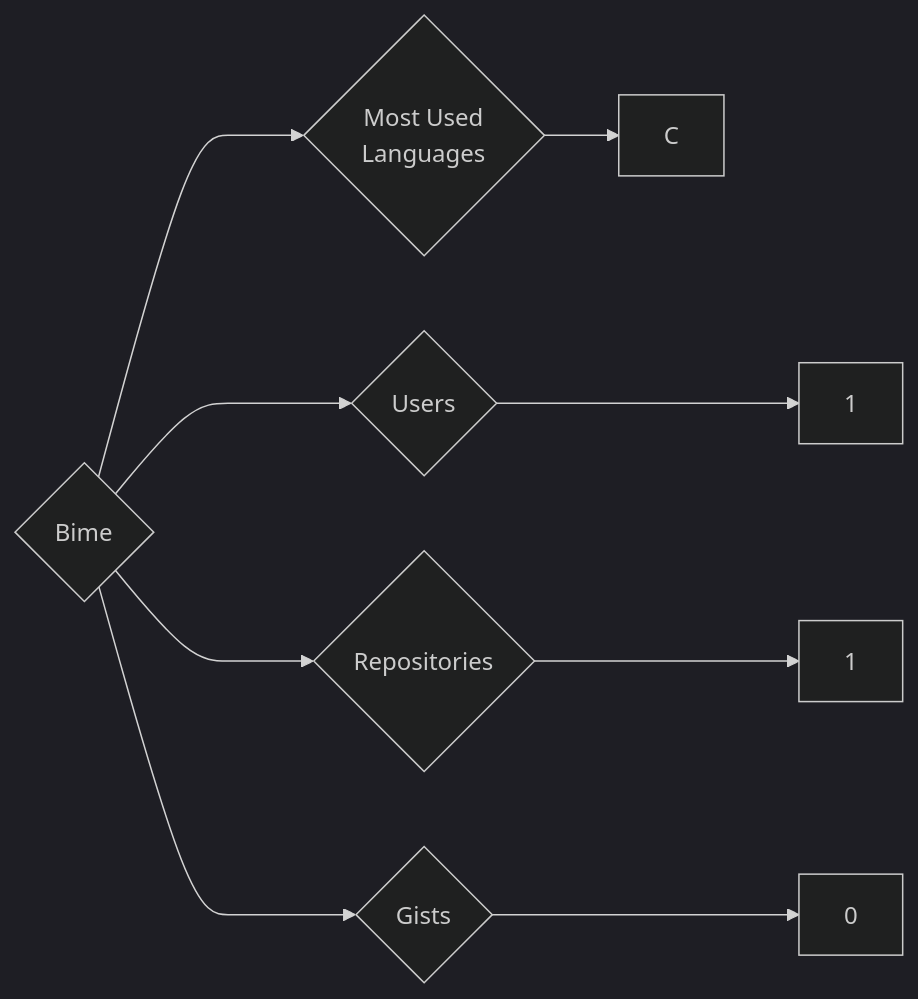
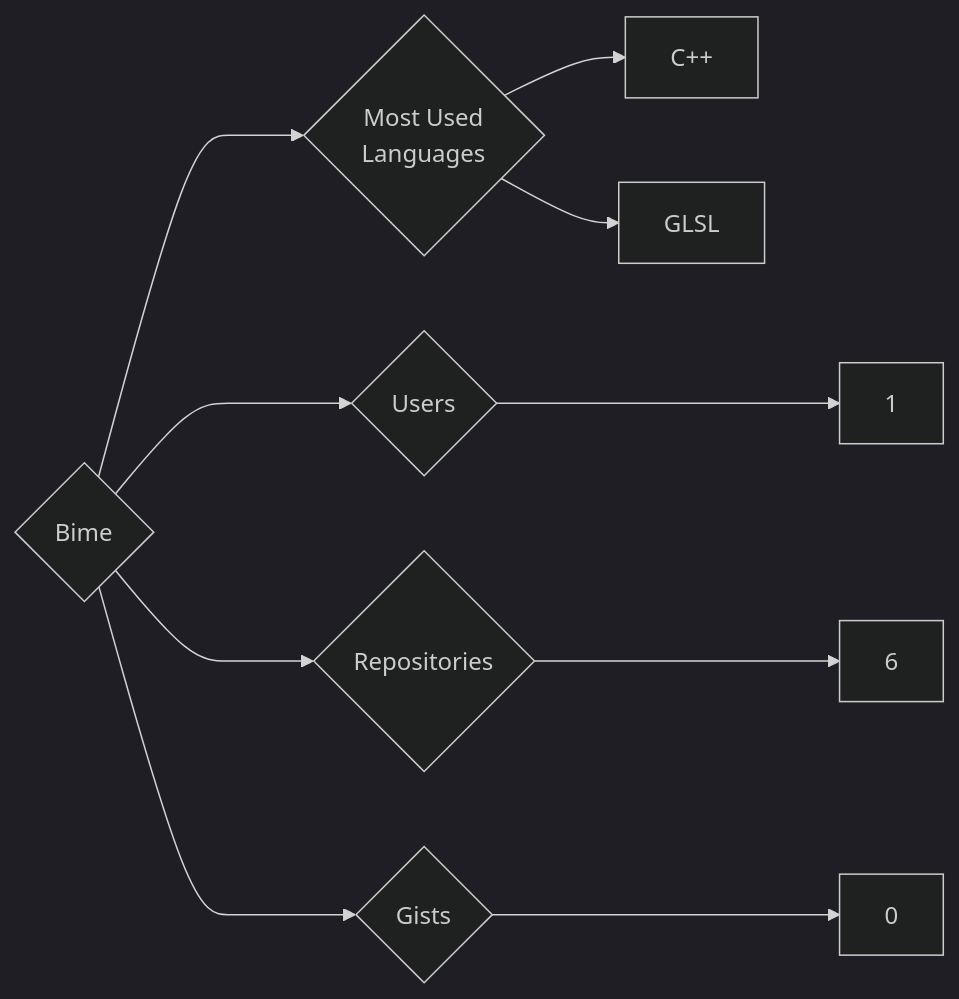
The diagram in targets/Bime/README.md (trickest/insiders), drawn with Mermaid (dark theme) before and after one commit. The commit also changed 1149 other files, not shown here.

````diff
--- a/targets/Bime/README.md
+++ b/targets/Bime/README.md
@@ -3,9 +3,10 @@
 ```mermaid
 graph LR
 COMPANY_NAME{Bime}
 COMPANY_NAME ---> U{Users} ---> UN[1]
-COMPANY_NAME ---> R{Repositories} ---> RN[1]
+COMPANY_NAME ---> R{Repositories} ---> RN[6]
 COMPANY_NAME ---> G{Gists} ---> GN[0]
 COMPANY_NAME ---> ML{Most Used<br>Languages}
-ML --> C[C]
+ML --> C++[C++]
+ML --> GLSL[GLSL]
 ```
````
